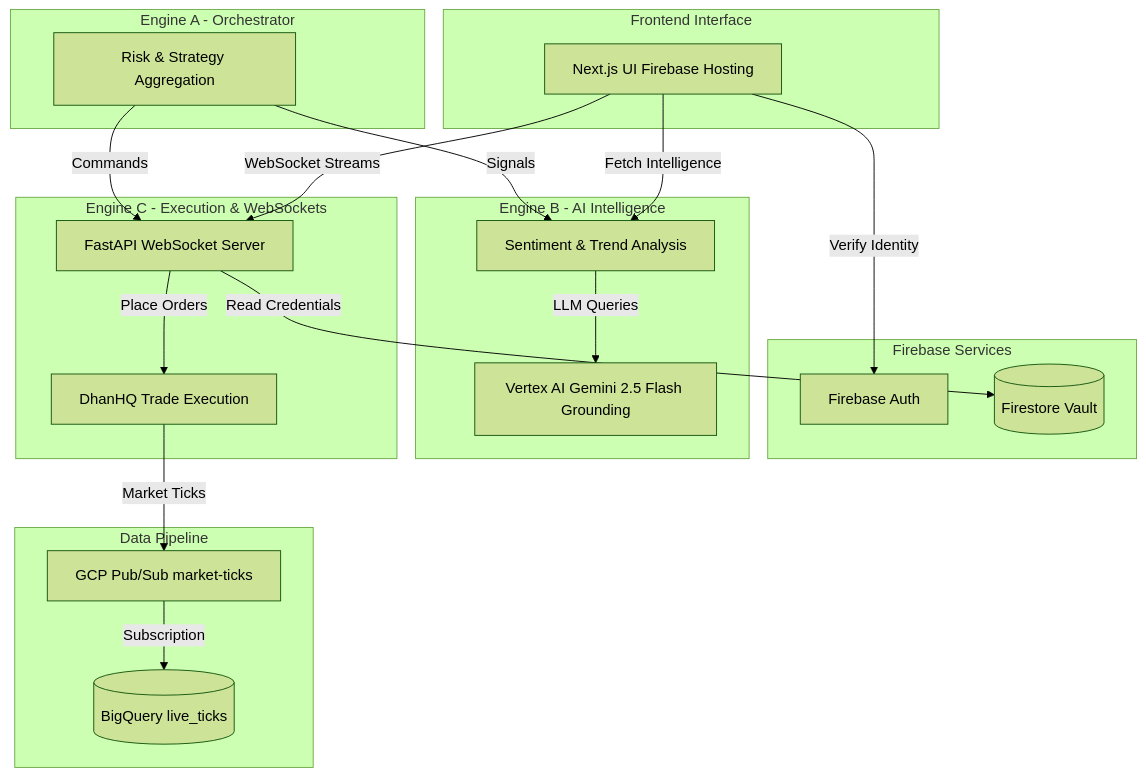
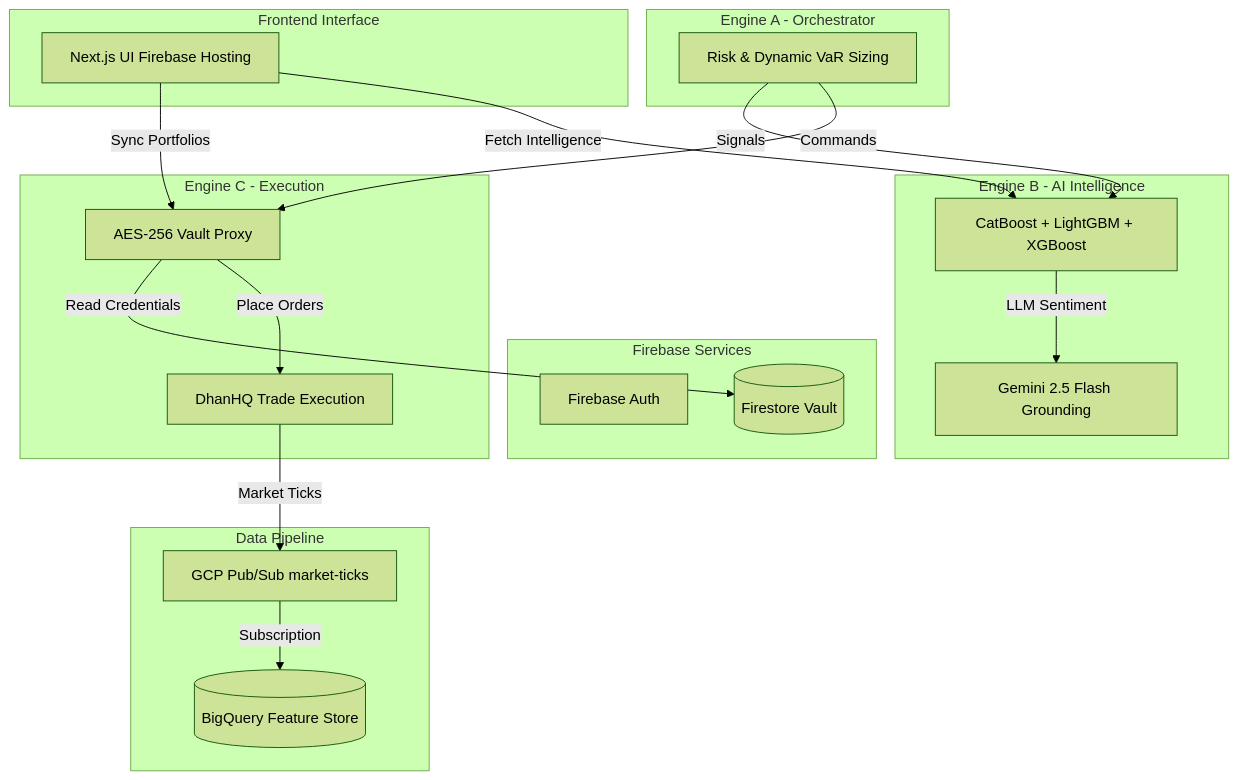
One commit to raghu-1718/InfinityAI.Pro changed the diagram in README.md. Above: the diagram before and after it, drawn with Mermaid (forest theme). The commit also changed other lines of this file, not shown here.

Commit message:
docs: Update README with 8-Vector E2E Audit results and MLOps patch status

````diff
--- a/README.md
+++ b/README.md
@@ -95,42 +82,41 @@
 ```mermaid
 flowchart TD
     subgraph Frontend [Frontend Interface]
         UI[Next.js UI Firebase Hosting]
     end
 
     subgraph Firebase [Firebase Services]
         Auth[Firebase Auth]
         Firestore[(Firestore Vault)]
     end
 
     subgraph EngineB [Engine B - AI Intelligence]
-        VertexAI[Vertex AI Gemini 2.5 Flash Grounding]
-        Sentiment[Sentiment & Trend Analysis]
+        VertexAI[Gemini 2.5 Flash Grounding]
+        MLOps[CatBoost + LightGBM + XGBoost]
     end
 
-    subgraph EngineC [Engine C - Execution & WebSockets]
-        WS[FastAPI WebSocket Server]
+    subgraph EngineC [Engine C - Execution]
+        Proxy[AES-256 Vault Proxy]
         Broker[DhanHQ Trade Execution]
     end
 
     subgraph EngineA [Engine A - Orchestrator]
-        Logic[Risk & Strategy Aggregation]
+        Logic[Risk & Dynamic VaR Sizing]
     end
 
     subgraph DataPipeline [Data Pipeline]
         PubSub[GCP Pub/Sub market-ticks]
-        BQ[(BigQuery live_ticks)]
+        BQ[(BigQuery Feature Store)]
     end
 
     %% Connections
-    UI -- "WebSocket Streams" --> WS
-    UI -- "Fetch Intelligence" --> Sentiment
-    UI -- "Verify Identity" --> Auth
-    WS -- "Read Credentials" --> Firestore
-    Sentiment -- "LLM Queries" --> VertexAI
-    Logic -- "Signals" --> Sentiment
-    Logic -- "Commands" --> WS
-    WS -- "Place Orders" --> Broker
+    UI -- "Sync Portfolios" --> Proxy
+    UI -- "Fetch Intelligence" --> MLOps
+    Proxy -- "Read Credentials" --> Firestore
+    MLOps -- "LLM Sentiment" --> VertexAI
+    Logic -- "Signals" --> MLOps
+    Logic -- "Commands" --> Proxy
+    Proxy -- "Place Orders" --> Broker
     PubSub -- "Subscription" --> BQ
     Broker -- "Market Ticks" --> PubSub
 ```
````
